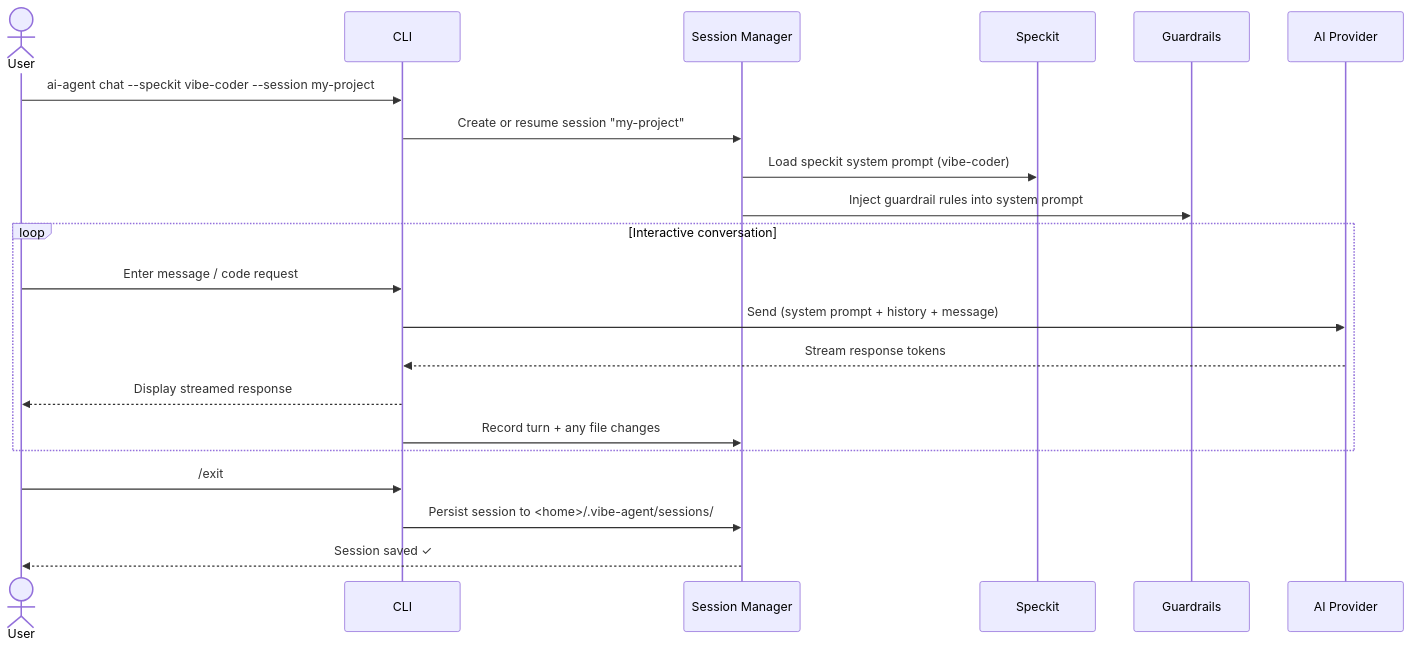
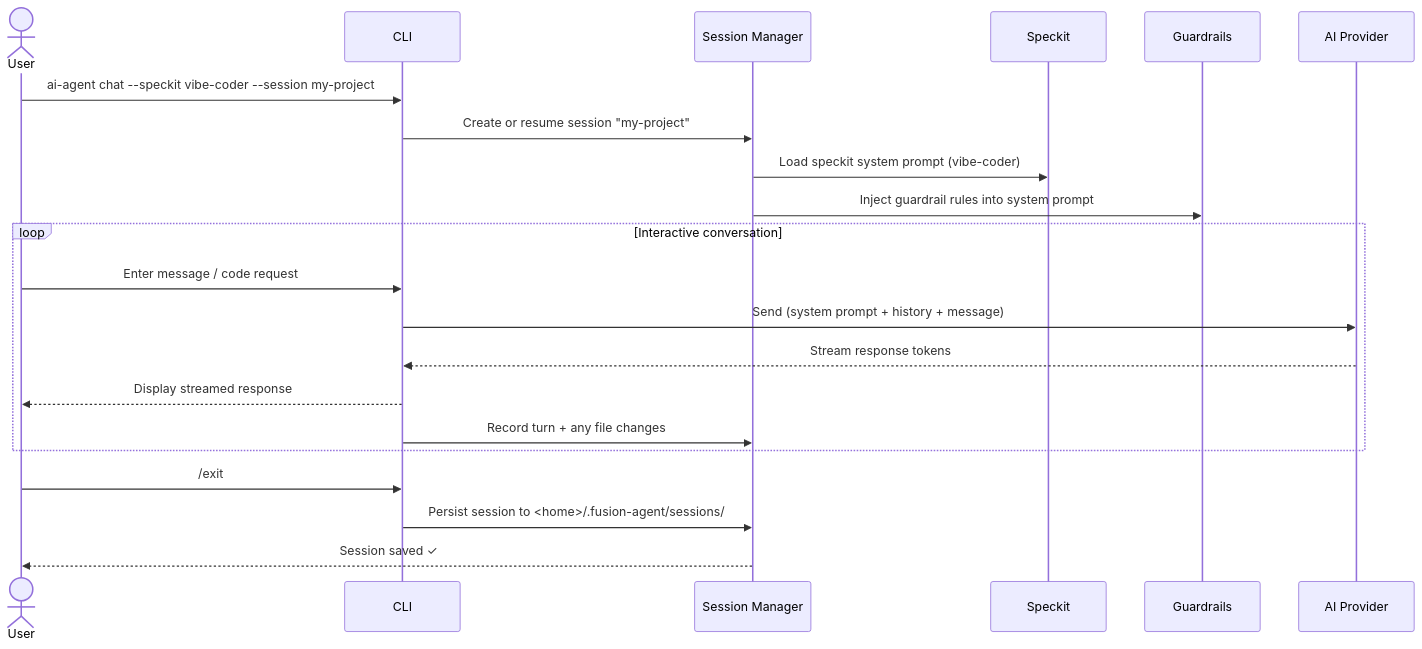
The second of 3 diagrams in README.md (fury-r/fusion-agent), drawn with Mermaid before and after one commit. The commit also changed other lines of this file and 9 other files, not shown here.

First line of the commit message:
rename: vibe-agent → fusion-agent

````diff
--- a/README.md
+++ b/README.md
@@ -73,26 +73,26 @@
 ```mermaid
 sequenceDiagram
     actor U as User
     participant CLI as CLI
     participant SM as Session Manager
     participant SK as Speckit
     participant G as Guardrails
     participant P as AI Provider
 
     U->>CLI: ai-agent chat --speckit vibe-coder --session my-project
     CLI->>SM: Create or resume session "my-project"
     SM->>SK: Load speckit system prompt (vibe-coder)
     SM->>G: Inject guardrail rules into system prompt
 
     loop Interactive conversation
         U->>CLI: Enter message / code request
         CLI->>P: Send (system prompt + history + message)
         P-->>CLI: Stream response tokens
         CLI-->>U: Display streamed response
         CLI->>SM: Record turn + any file changes
     end
 
     U->>CLI: /exit
-    CLI->>SM: Persist session to <home>/.vibe-agent/sessions/
+    CLI->>SM: Persist session to <home>/.fusion-agent/sessions/
     SM-->>U: Session saved ✓
 ```
````
